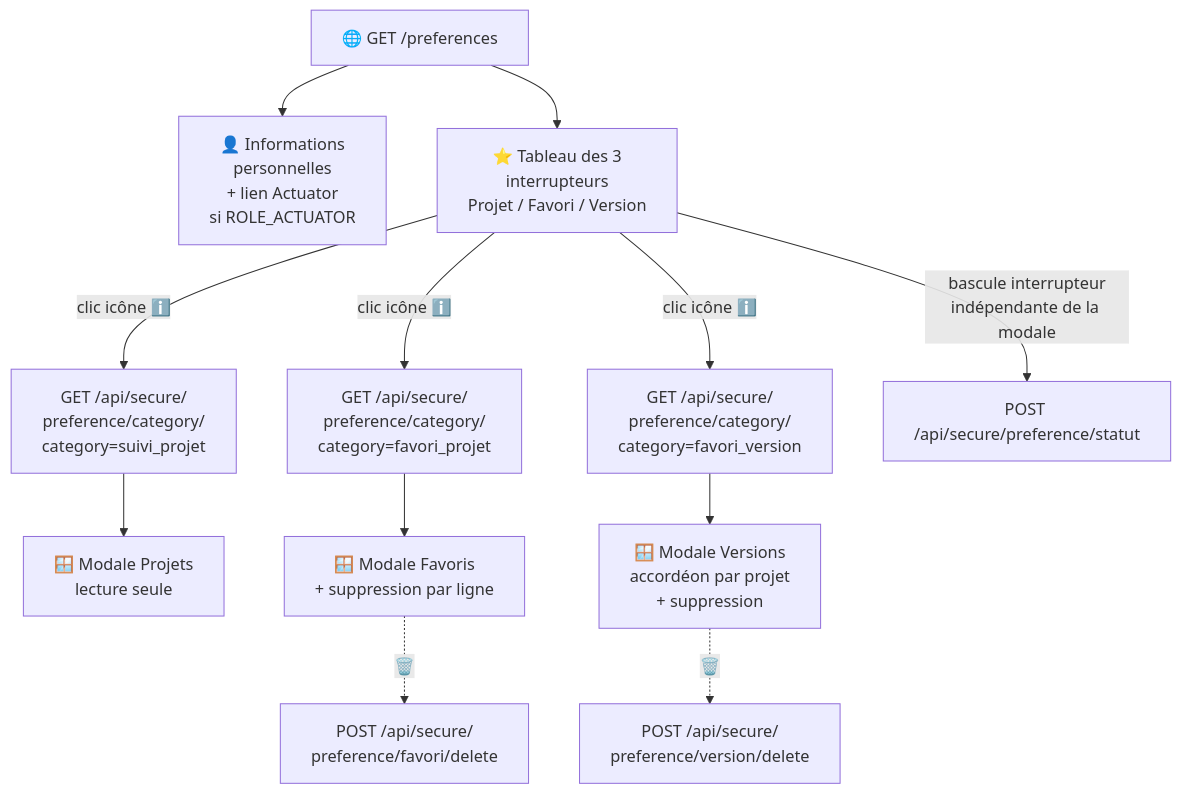
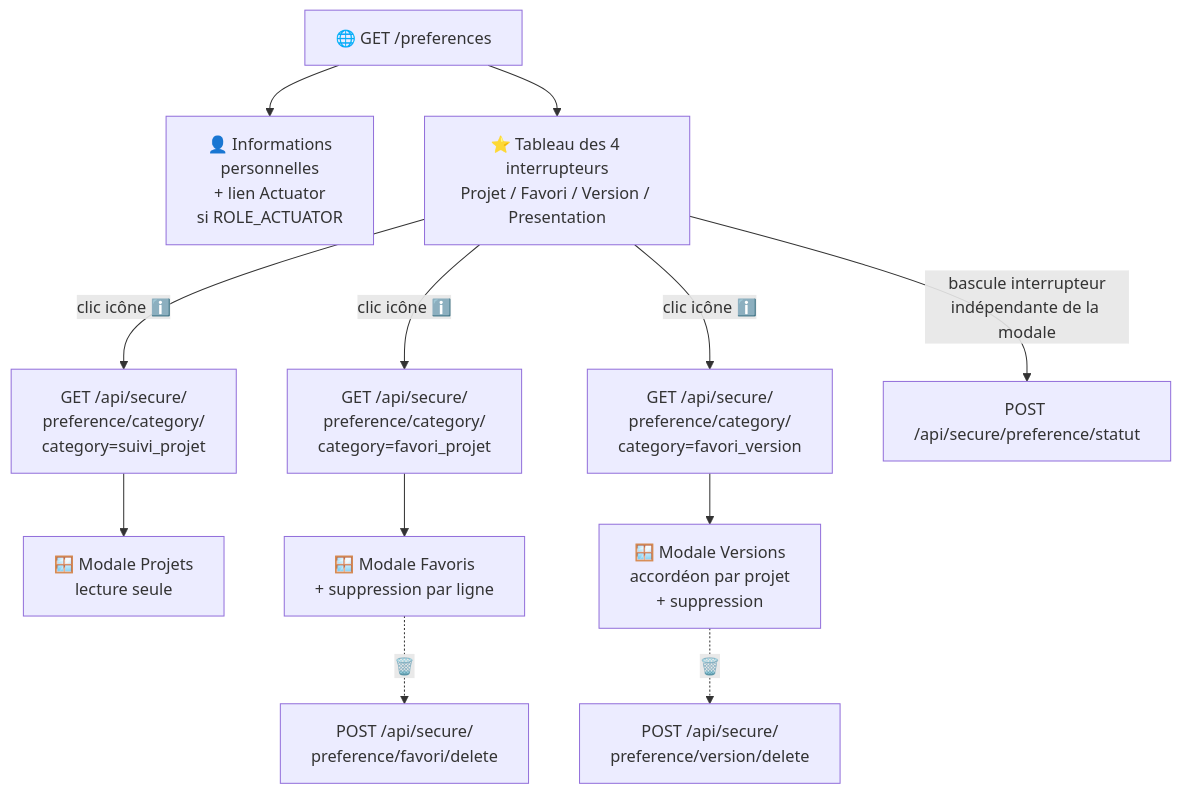
Before and after one commit to Laurent-hadjadj/ma-moulinette: the diagram in mkDocs/docs/ma-moulinette/application/preferences.md, drawn with Mermaid. The commit also changed other lines of this file and 5 other files, not shown here.

Commit message:
Feature: Ajout de la préférence "Presentation" (tuiles/classique) pour la page Projet.

````diff
--- a/mkDocs/docs/ma-moulinette/application/preferences.md
+++ b/mkDocs/docs/ma-moulinette/application/preferences.md
@@ -11,18 +11,18 @@
 ```mermaid
 flowchart TD
     Page["🌐 GET /preferences"] --> Info["👤 Informations <br>personnelles<br/>+ lien Actuator <br>si ROLE_ACTUATOR"]
-    Page --> Tableau["⭐ Tableau des 3 <br>interrupteurs<br/>Projet / Favori / Version"]
+    Page --> Tableau["⭐ Tableau des 4 <br>interrupteurs<br/>Projet / Favori / Version / Presentation"]
 
     Tableau -->|"clic icône ℹ️"| CatProjet["GET /api/secure/<br>preference/category/<br>category=suivi_projet"]
     Tableau -->|"clic icône ℹ️"| CatFavori["GET /api/secure/<br>preference/category/<br>category=favori_projet"]
     Tableau -->|"clic icône ℹ️"| CatVersion["GET /api/secure/<br>preference/category/<br>category=favori_version"]
 
     CatProjet --> ModProjet["🪟 Modale Projets<br/>lecture seule"]
     CatFavori --> ModFavori["🪟 Modale Favoris<br/>+ suppression par ligne"]
     CatVersion --> ModVersion["🪟 Modale Versions<br/>accordéon par projet<br> + suppression"]
 
     ModFavori -.->|"🗑️"| DelFavori["POST /api/secure/<br>preference/favori/delete"]
     ModVersion -.->|"🗑️"| DelVersion["POST /api/secure/<br>preference/version/delete"]
 
     Tableau -->|"bascule interrupteur<br/>indépendante de la modale"| Statut["POST /api/secure/preference/statut"]
 ```
````
